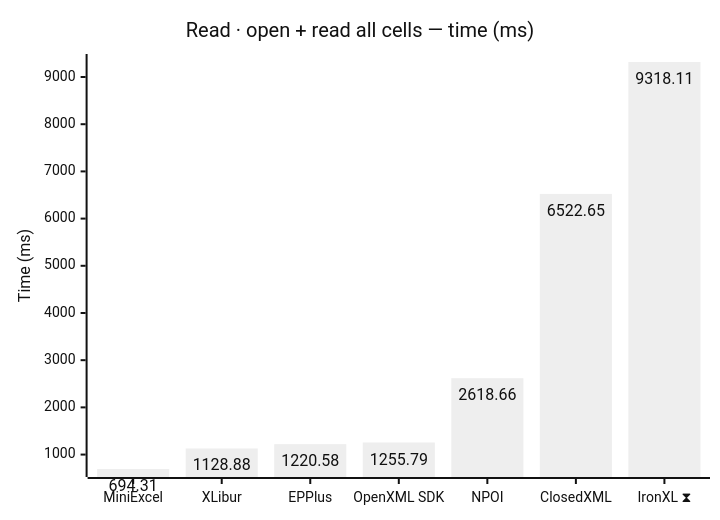
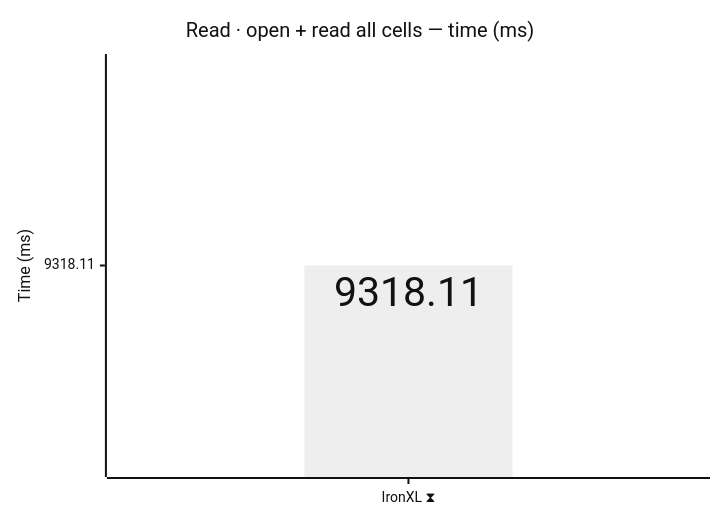
Before and after one commit to jafin/XLBench: the third of 12 diagrams in docs/results.md, drawn with Mermaid (neutral theme). The commit also changed other lines of this file and 2 other files, not shown here.

First line of the commit message:
chore(deps): bump XLibur to 0.310.1-beta.5 and republish

````diff
--- a/docs/results.md
+++ b/docs/results.md
@@ -65,12 +65,12 @@
 ```mermaid
 ---
 config:
   xyChart:
     showDataLabel: true
 ---
 xychart-beta
     title "Read · open + read all cells — time (ms)"
-    x-axis ["MiniExcel", "XLibur", "EPPlus", "OpenXML SDK", "NPOI", "ClosedXML", "IronXL ⧗"]
+    x-axis ["IronXL ⧗"]
     y-axis "Time (ms)"
-    bar [694.31, 1128.88, 1220.58, 1255.79, 2618.66, 6522.65, 9318.11]
+    bar [9318.11]
 ```
````
